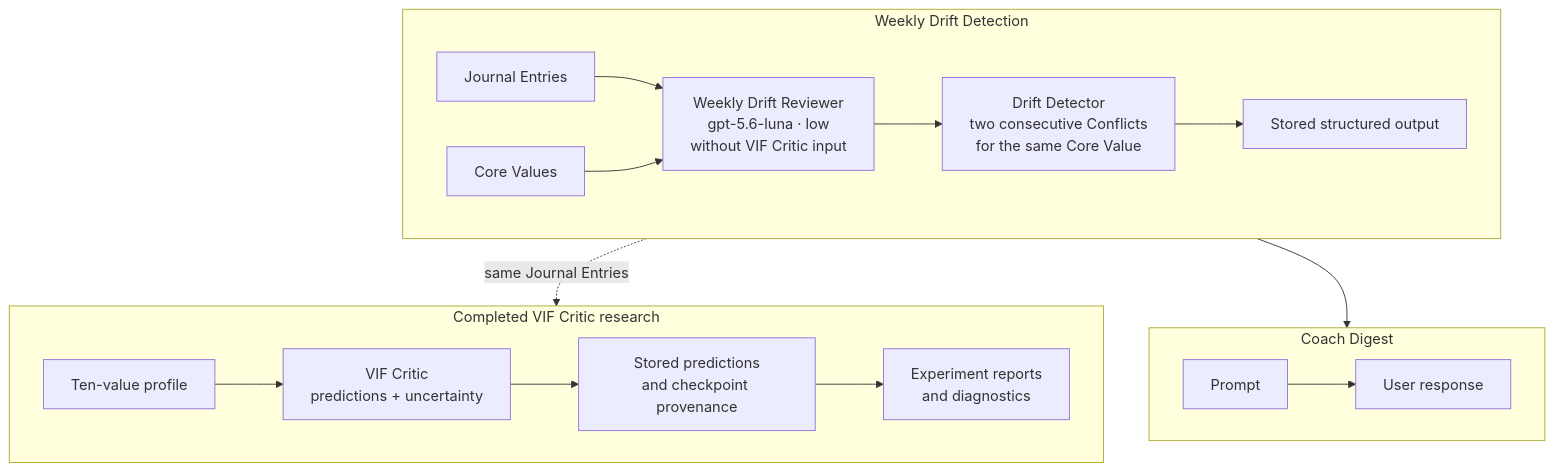
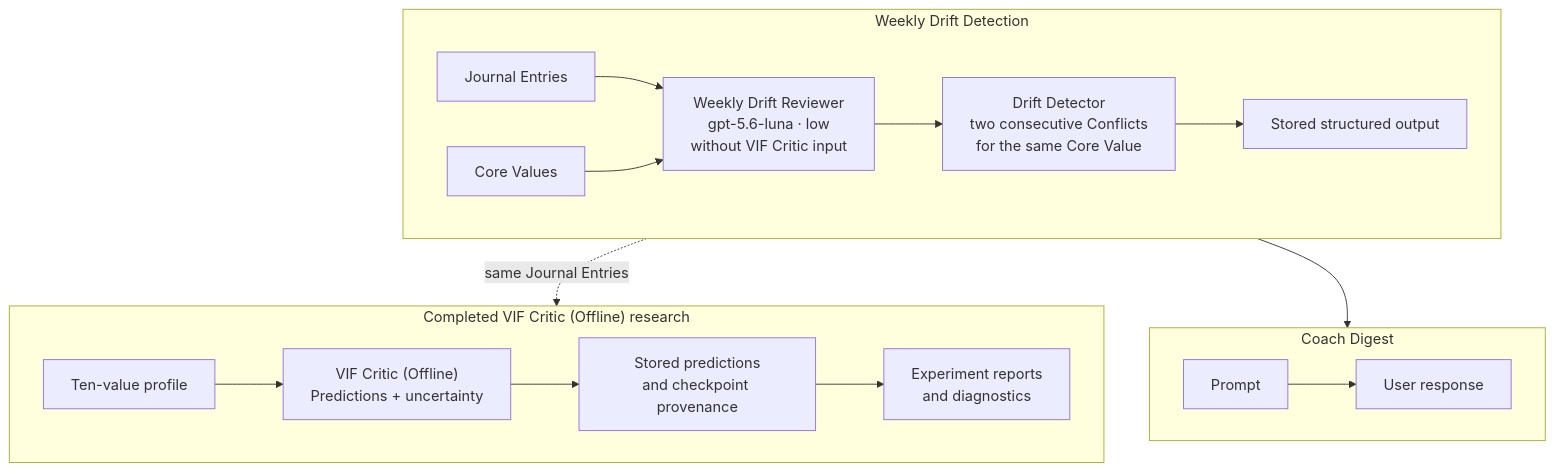
One commit to DesmondChoy/twinkl changed the diagram in docs/architecture/drift_detection.md. Above: the diagram before and after it, drawn with Mermaid. The commit also changed other lines of this file and 20 other files, not shown here.

````diff
--- a/docs/architecture/drift_detection.md
+++ b/docs/architecture/drift_detection.md
@@ -37,25 +37,25 @@
 ```mermaid
 flowchart TB
   subgraph USER["Weekly Drift Detection"]
     direction LR
     JE["Journal Entries"] --> WDR["Weekly Drift Reviewer<br/>gpt-5.6-luna · low<br/>without VIF Critic input"]
     CV["Core Values"] --> WDR
     WDR --> DD["Drift Detector<br/>two consecutive Conflicts<br/>for the same Core Value"]
     DD --> WD["Stored structured output"]
   end
 
   subgraph COACH["Coach Digest"]
     direction LR
     WD --> PROMPT["Prompt"]
     PROMPT --> RESPONSE["User response"]
   end
 
-  subgraph LEARN["Completed VIF Critic research"]
+  subgraph LEARN["Completed VIF Critic (Offline) research"]
     direction LR
-    PROFILE["Ten-value profile"] --> VIF["VIF Critic<br/>predictions + uncertainty"]
+    PROFILE["Ten-value profile"] --> VIF["VIF Critic (Offline)<br/>Predictions + uncertainty"]
     VIF --> STORE["Stored predictions<br/>and checkpoint provenance"]
     STORE --> REPORTS["Experiment reports<br/>and diagnostics"]
   end
 
   JE -. "same Journal Entries" .-> VIF
 ```
````
